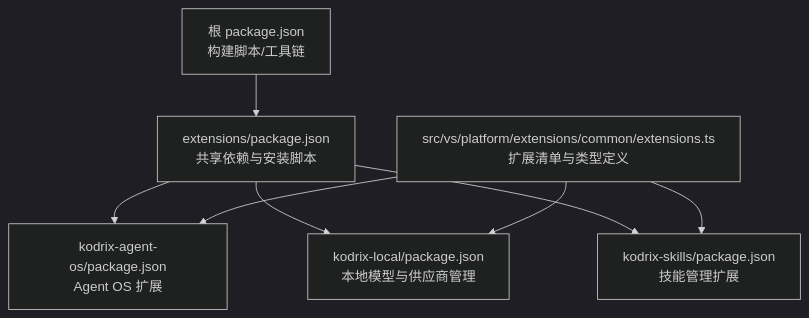
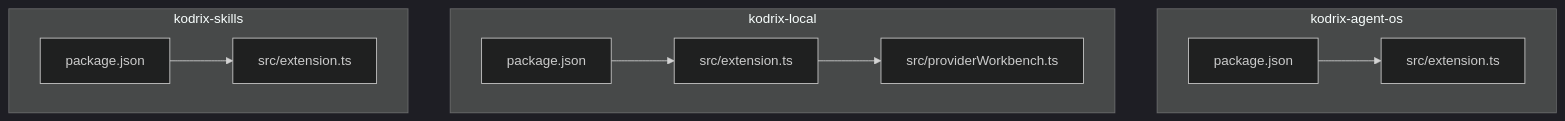
The first of 6 diagrams in .qoder/repowiki/zh/content/扩展开发/扩展开发.md (sofate798/KodrixCode), drawn with Mermaid (dark theme) before and after one commit. The commit also changed other lines of this file and 178 other files, not shown here.

````diff
--- a/.qoder/repowiki/zh/content/扩展开发/扩展开发.md
+++ b/.qoder/repowiki/zh/content/扩展开发/扩展开发.md
@@ -51,10 +34,20 @@
 ```mermaid
 graph TB
-A["根 package.json<br/>构建脚本/工具链"] --> B["extensions/package.json<br/>共享依赖与安装脚本"]
-B --> C["kodrix-agent-os/package.json<br/>Agent OS 扩展"]
-B --> D["kodrix-local/package.json<br/>本地模型与供应商管理"]
-B --> E["kodrix-skills/package.json<br/>技能管理扩展"]
-F["src/vs/platform/extensions/common/extensions.ts<br/>扩展清单与类型定义"] --> C
-F --> D
-F --> E
+subgraph "kodrix-agent-os"
+A_pkg["package.json"]
+A_ext["src/extension.ts"]
+end
+subgraph "kodrix-local"
+B_pkg["package.json"]
+B_ext["src/extension.ts"]
+B_panel["src/providerWorkbench.ts"]
+end
+subgraph "kodrix-skills"
+C_pkg["package.json"]
+C_ext["src/extension.ts"]
+end
+A_pkg --> A_ext
+B_pkg --> B_ext
+B_ext --> B_panel
+C_pkg --> C_ext
 ```
````
